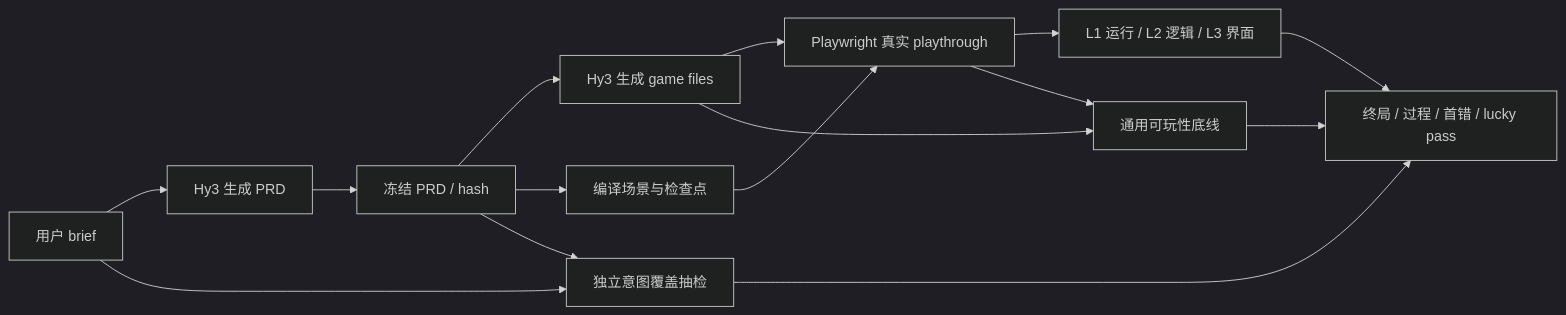
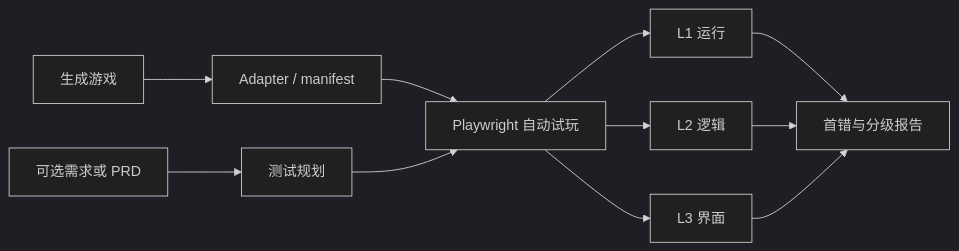
One commit to yu-xin-c/hy3-game-test-lab changed the diagram in docs/architecture.md. Above: the diagram before and after it, drawn with Mermaid (dark theme). The commit also changed other lines of this file and 65 other files, not shown here.

````diff
--- a/docs/architecture.md
+++ b/docs/architecture.md
@@ -5,17 +5,13 @@
 ```mermaid
 flowchart LR
-  U["用户 brief"] --> P["Hy3 生成 PRD"]
-  P --> F["冻结 PRD / hash"]
-  F --> G["Hy3 生成 game files"]
-  F --> T["编译场景与检查点"]
-  G --> R["Playwright 真实 playthrough"]
-  T --> R
-  R --> L["L1 运行 / L2 逻辑 / L3 界面"]
-  U --> A["独立意图覆盖抽检"]
-  F --> A
-  G --> B["通用可玩性底线"]
-  R --> B
-  L --> O["终局 / 过程 / 首错 / lucky pass"]
-  A --> O
-  B --> O
+  G["生成游戏"] --> A["Adapter / manifest"]
+  S["可选需求或 PRD"] --> P["测试规划"]
+  A --> R["Playwright 自动试玩"]
+  P --> R
+  R --> L1["L1 运行"]
+  R --> L2["L2 逻辑"]
+  R --> L3["L3 界面"]
+  L1 --> O["首错与分级报告"]
+  L2 --> O
+  L3 --> O
 ```
````
